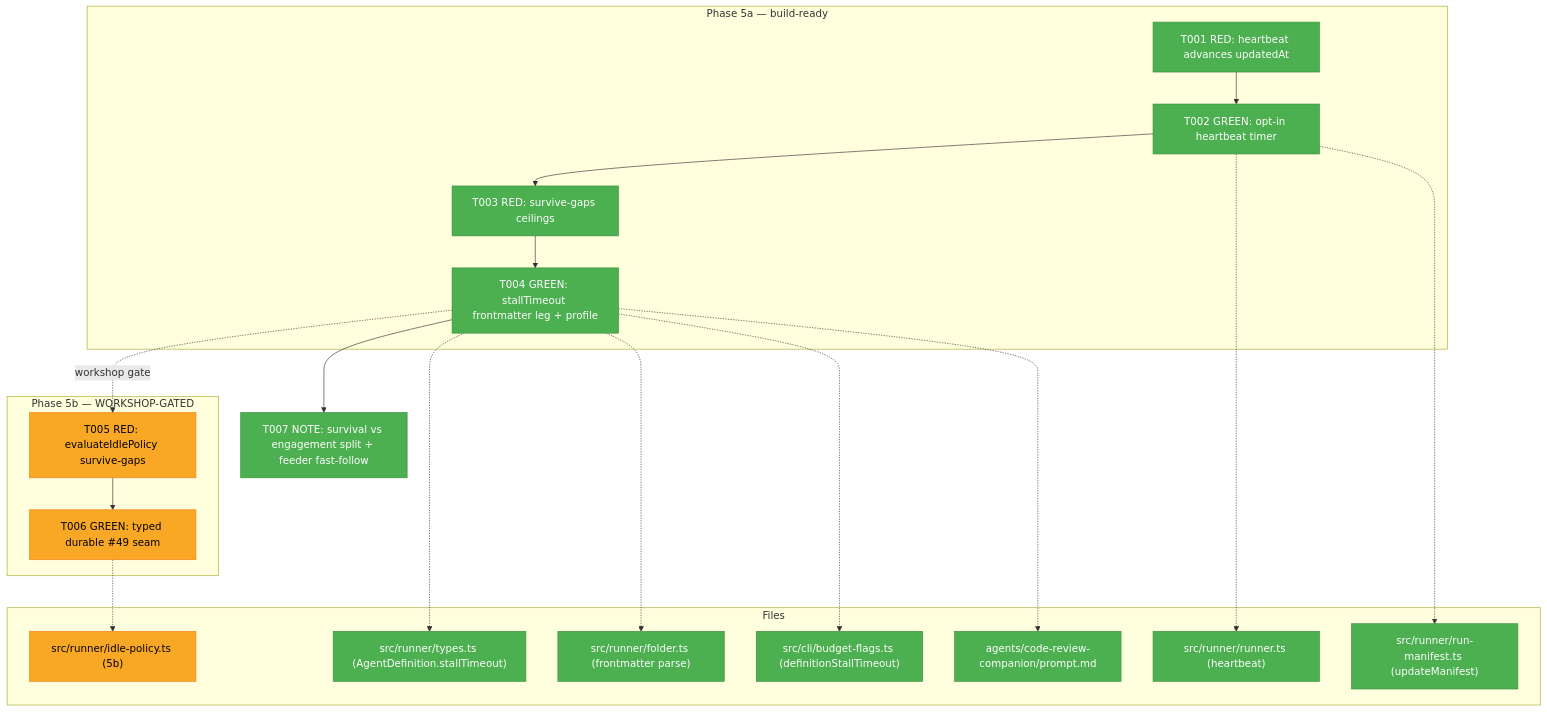
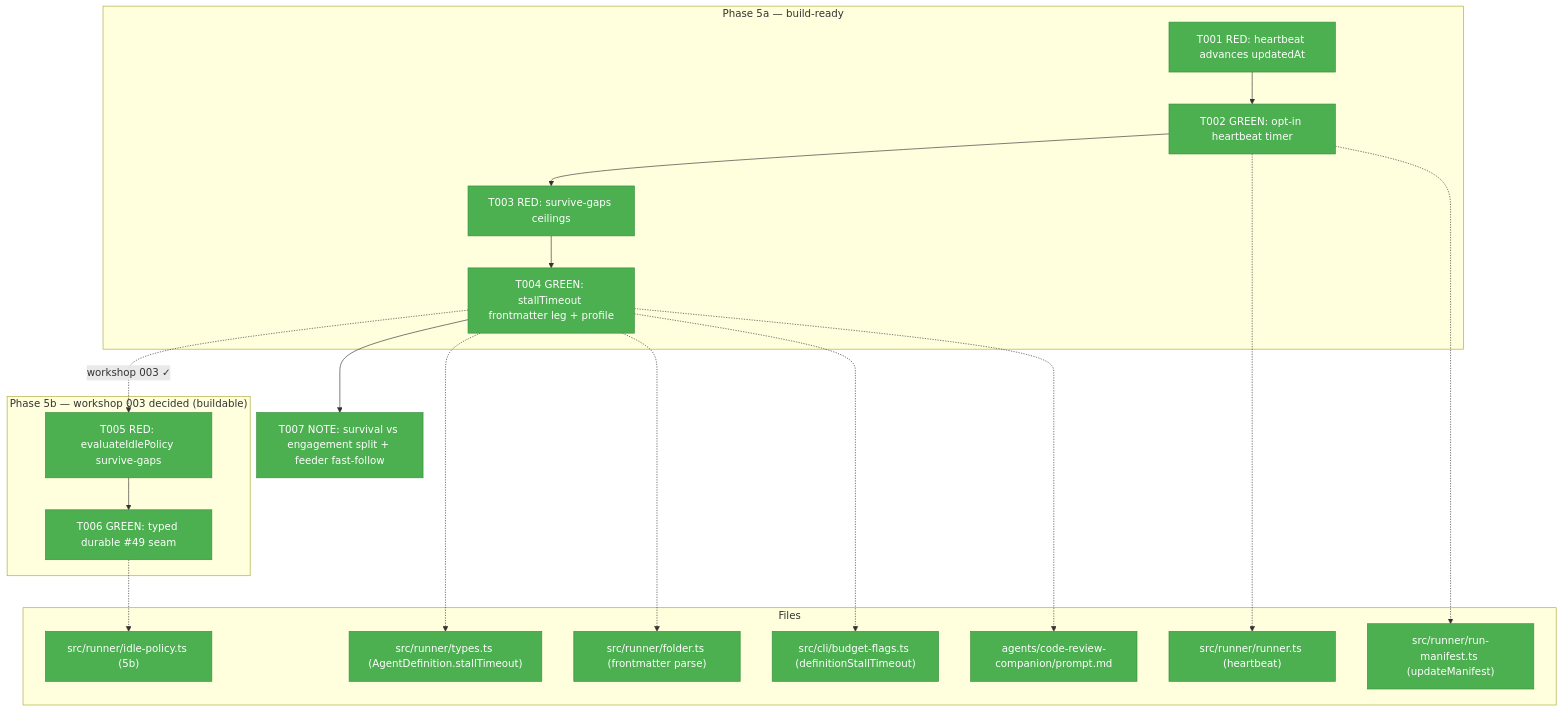
One commit to AI-Substrate/minih changed the first of 3 diagrams in docs/plans/028-companion-mode-reliability/tasks/phase-5-companion-longevity-human-gaps/tasks.md. Above: the diagram before and after it, drawn with Mermaid. The commit also changed other lines of this file and 8 other files, not shown here.

First line of the commit message:
feat(runner): typed survive-gaps idle-policy seam — suppress idle stand-down (plan 028 5b T005/T006, workshop 003)

````diff
--- a/docs/plans/028-companion-mode-reliability/tasks/phase-5-companion-longevity-human-gaps/tasks.md
+++ b/docs/plans/028-companion-mode-reliability/tasks/phase-5-companion-longevity-human-gaps/tasks.md
@@ -94,43 +94,44 @@
 ```mermaid
 flowchart TD
     classDef pending fill:#9E9E9E,stroke:#757575,color:#fff
     classDef gated fill:#F9A825,stroke:#F57F17,color:#000
+    classDef inprogress fill:#FF9800,stroke:#F57C00,color:#000
     classDef completed fill:#4CAF50,stroke:#388E3C,color:#fff
 
     subgraph P5a["Phase 5a — build-ready"]
         T001["T001 RED: heartbeat advances updatedAt"]:::completed
         T002["T002 GREEN: opt-in heartbeat timer"]:::completed
         T003["T003 RED: survive-gaps ceilings"]:::completed
         T004["T004 GREEN: stallTimeout frontmatter leg + profile"]:::completed
         T001 --> T002 --> T003 --> T004
     end
 
-    subgraph P5b["Phase 5b — WORKSHOP-GATED"]
-        T005["T005 RED: evaluateIdlePolicy survive-gaps"]:::gated
-        T006["T006 GREEN: typed durable #49 seam"]:::gated
+    subgraph P5b["Phase 5b — workshop 003 decided (buildable)"]
+        T005["T005 RED: evaluateIdlePolicy survive-gaps"]:::completed
+        T006["T006 GREEN: typed durable #49 seam"]:::completed
         T005 --> T006
     end
 
     T007["T007 NOTE: survival vs engagement split + feeder fast-follow"]:::completed
 
-    T004 -.workshop gate.-> T005
+    T004 -.workshop 003 ✓.-> T005
     T004 --> T007
 
     subgraph Files["Files"]
         F1["src/runner/runner.ts (heartbeat)"]:::completed
         F2["src/runner/run-manifest.ts (updateManifest)"]:::completed
         F3["src/runner/types.ts (AgentDefinition.stallTimeout)"]:::completed
         F4["src/runner/folder.ts (frontmatter parse)"]:::completed
         F5["src/cli/budget-flags.ts (definitionStallTimeout)"]:::completed
         F6["agents/code-review-companion/prompt.md"]:::completed
-        F7["src/runner/idle-policy.ts (5b)"]:::gated
+        F7["src/runner/idle-policy.ts (5b)"]:::completed
     end
 
     T002 -.-> F1
     T002 -.-> F2
     T004 -.-> F3
     T004 -.-> F4
     T004 -.-> F5
     T004 -.-> F6
     T006 -.-> F7
 ```
````
